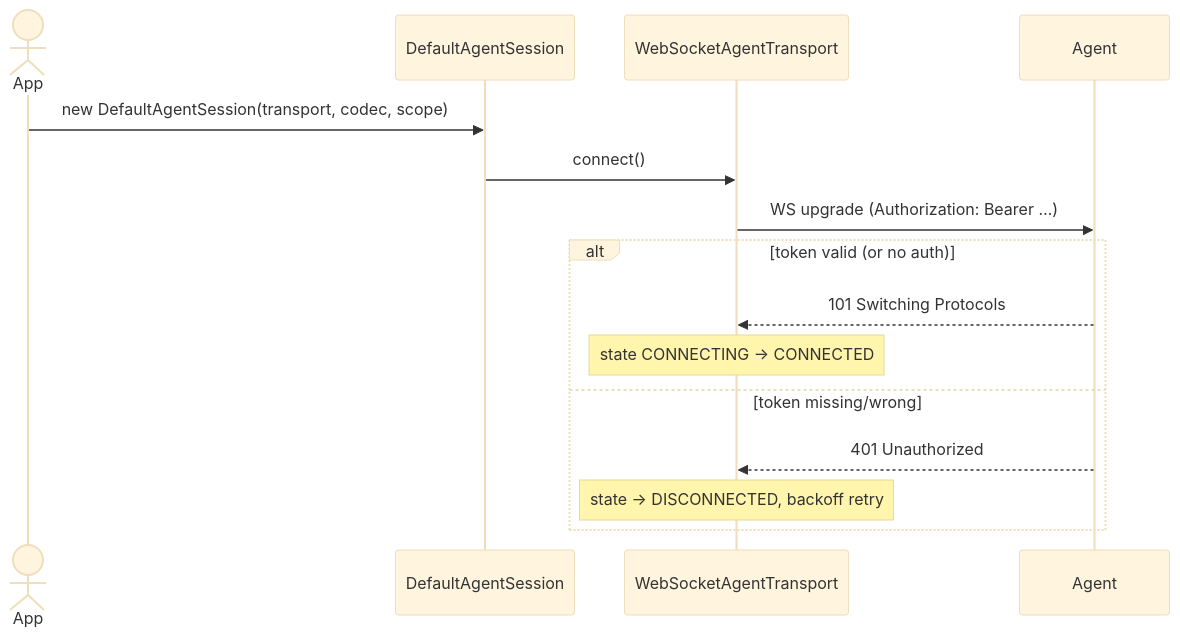
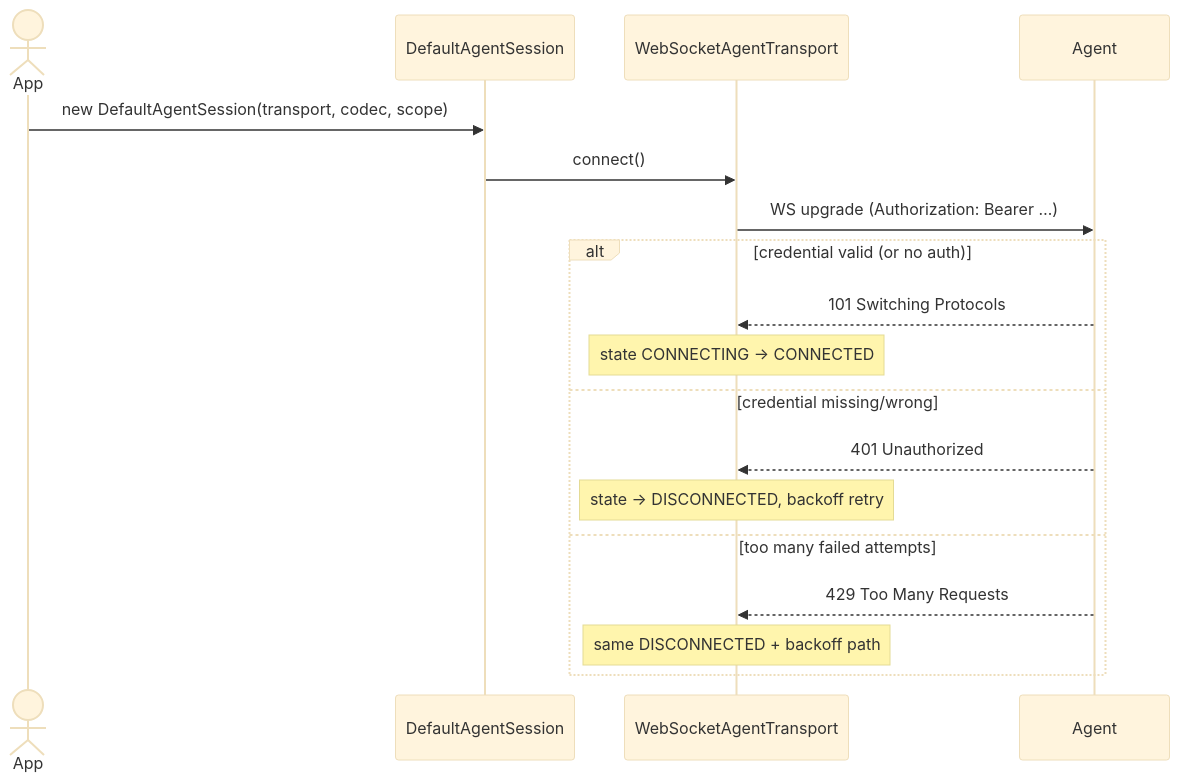
One commit to Yahia-Mohammad/remote-ble changed the first of 6 diagrams in docs/flows.md. Above: the diagram before and after it, drawn with Mermaid (base theme). The commit also changed other lines of this file and 56 other files, not shown here.

````diff
--- a/docs/flows.md
+++ b/docs/flows.md
@@ -15,17 +15,20 @@
 ```mermaid
 sequenceDiagram
     actor App
     participant Session as DefaultAgentSession
     participant Transport as WebSocketAgentTransport
     participant Agent
     App->>Session: new DefaultAgentSession(transport, codec, scope)
     Session->>Transport: connect()
     Transport->>Agent: WS upgrade (Authorization: Bearer …)
-    alt token valid (or no auth)
+    alt credential valid (or no auth)
         Agent-->>Transport: 101 Switching Protocols
         Note over Transport: state CONNECTING → CONNECTED
-    else token missing/wrong
+    else credential missing/wrong
         Agent-->>Transport: 401 Unauthorized
         Note over Transport: state → DISCONNECTED, backoff retry
+    else too many failed attempts
+        Agent-->>Transport: 429 Too Many Requests
+        Note over Transport: same DISCONNECTED + backoff path
     end
 ```
````
